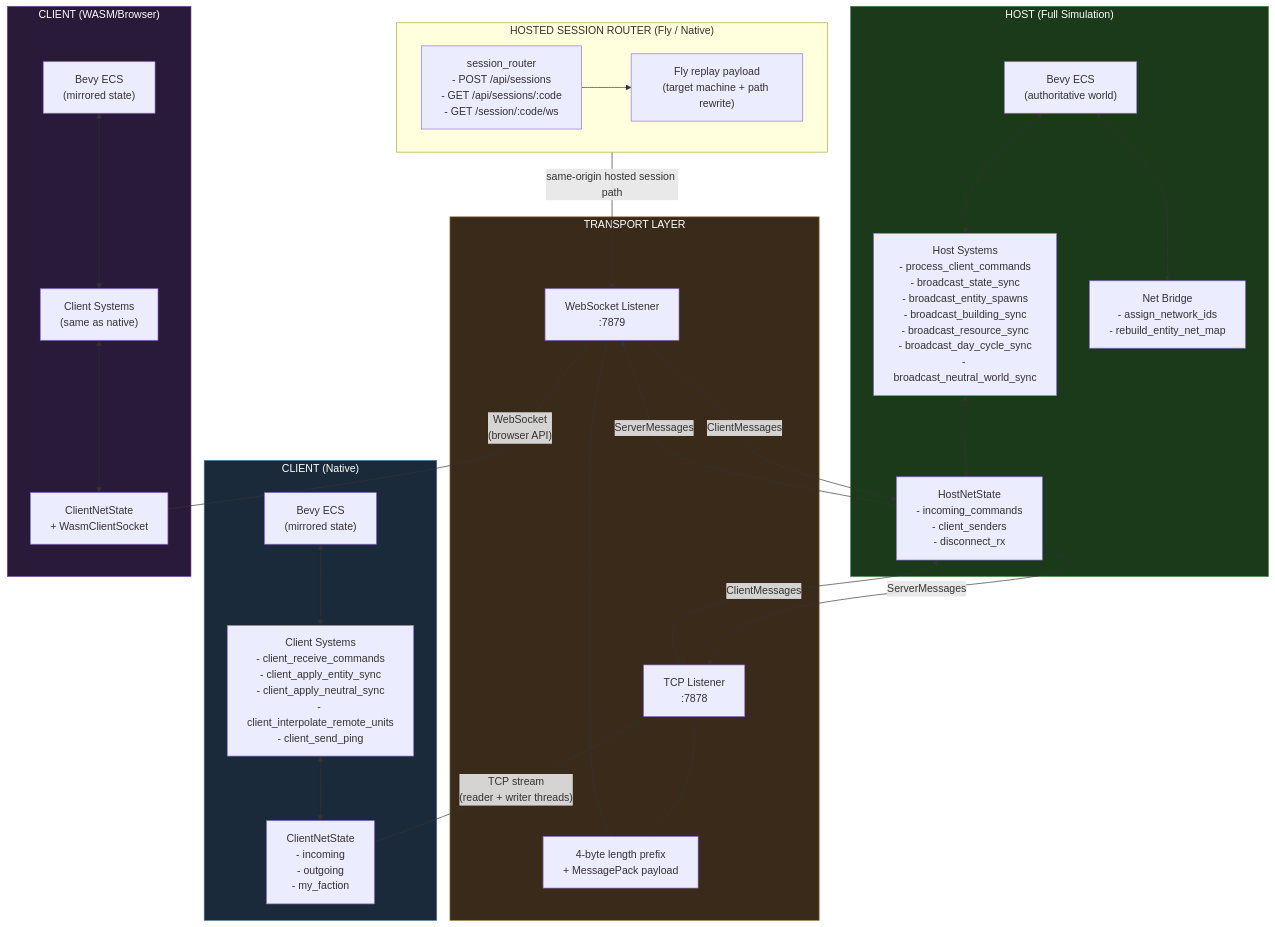
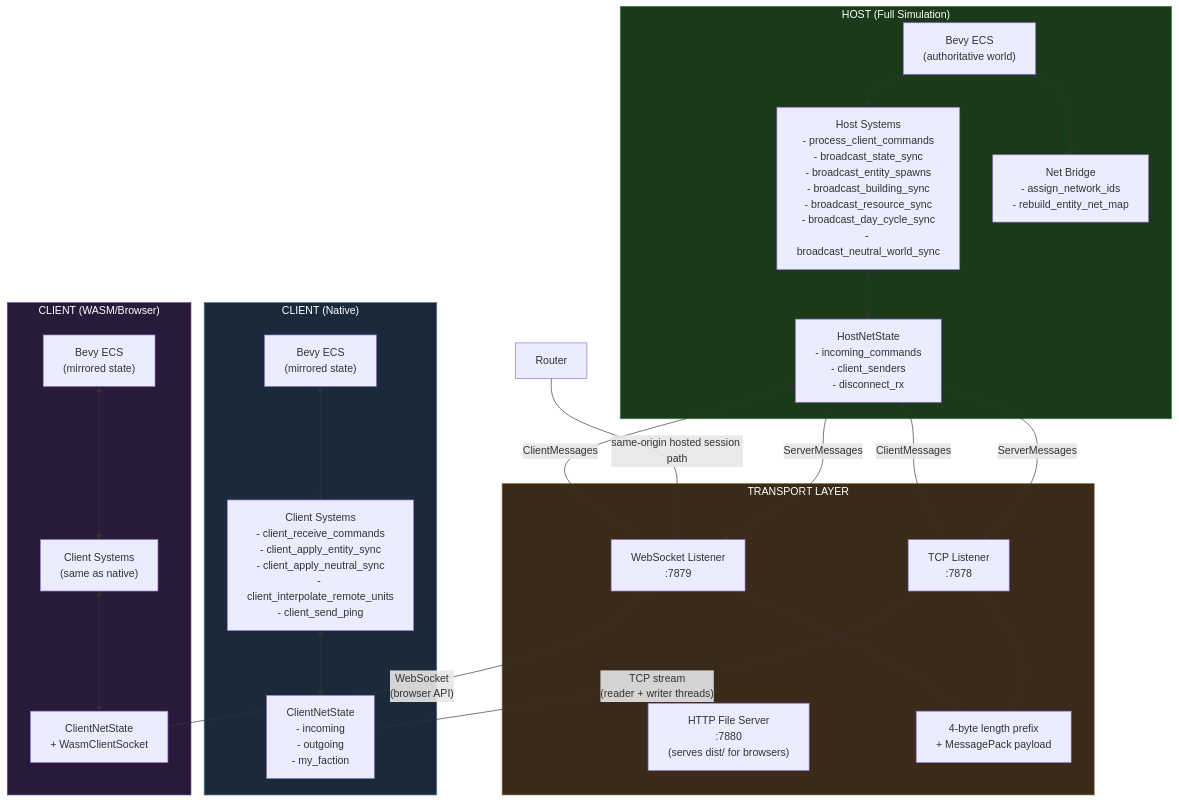
One commit to pashaydev/RTS changed the first of 11 diagrams in docs/multiplayer-architecture.md. Above: the diagram before and after it, drawn with Mermaid. The commit also changed other lines of this file and 9 other files, not shown here.

Commit message:
web client hosting & remove session router

````diff
--- a/docs/multiplayer-architecture.md
+++ b/docs/multiplayer-architecture.md
@@ -12,56 +12,51 @@
 ```mermaid
 flowchart TB
     subgraph Host["HOST (Full Simulation)"]
         ECS["Bevy ECS\n(authoritative world)"]
         HS["Host Systems\n- process_client_commands\n- broadcast_state_sync\n- broadcast_entity_spawns\n- broadcast_building_sync\n- broadcast_resource_sync\n- broadcast_day_cycle_sync\n- broadcast_neutral_world_sync"]
         NB["Net Bridge\n- assign_network_ids\n- rebuild_entity_net_map"]
         HNS["HostNetState\n- incoming_commands\n- client_senders\n- disconnect_rx"]
 
         ECS <--> HS
         ECS <--> NB
         HS <--> HNS
     end
 
     subgraph Transport["TRANSPORT LAYER"]
         TCP["TCP Listener\n:7878"]
         WS["WebSocket Listener\n:7879"]
+        HTTP["HTTP File Server\n:7880\n(serves dist/ for browsers)"]
         TCP --- FRAME["4-byte length prefix\n+ MessagePack payload"]
         WS --- FRAME
-    end
-
-    subgraph Router["HOSTED SESSION ROUTER (Fly / Native)"]
-        SR["session_router\n- POST /api/sessions\n- GET /api/sessions/:code\n- GET /session/:code/ws"]
-        FR["Fly replay payload\n(target machine + path rewrite)"]
-        SR --> FR
     end
 
     subgraph Client1["CLIENT (Native)"]
         CECS1["Bevy ECS\n(mirrored state)"]
         CS1["Client Systems\n- client_receive_commands\n- client_apply_entity_sync\n- client_apply_neutral_sync\n- client_interpolate_remote_units\n- client_send_ping"]
         CNS1["ClientNetState\n- incoming\n- outgoing\n- my_faction"]
         CECS1 <--> CS1
         CS1 <--> CNS1
     end
 
     subgraph Client2["CLIENT (WASM/Browser)"]
         CECS2["Bevy ECS\n(mirrored state)"]
         CS2["Client Systems\n(same as native)"]
         CNS2["ClientNetState\n+ WasmClientSocket"]
         CECS2 <--> CS2
         CS2 <--> CNS2
     end
 
     HNS -->|ServerMessages| TCP
     HNS -->|ServerMessages| WS
     TCP -->|ClientMessages| HNS
     WS -->|ClientMessages| HNS
     Router -->|same-origin hosted session path| WS
 
     TCP ---|"TCP stream\n(reader + writer threads)"| CNS1
     WS ---|"WebSocket\n(browser API)"| CNS2
 
     style Host fill:#1a3a1a,stroke:#4a8a4a,color:#fff
     style Client1 fill:#1a2a3a,stroke:#4a7a9a,color:#fff
     style Client2 fill:#2a1a3a,stroke:#7a4a9a,color:#fff
     style Transport fill:#3a2a1a,stroke:#9a7a4a,color:#fff
 ```
````
